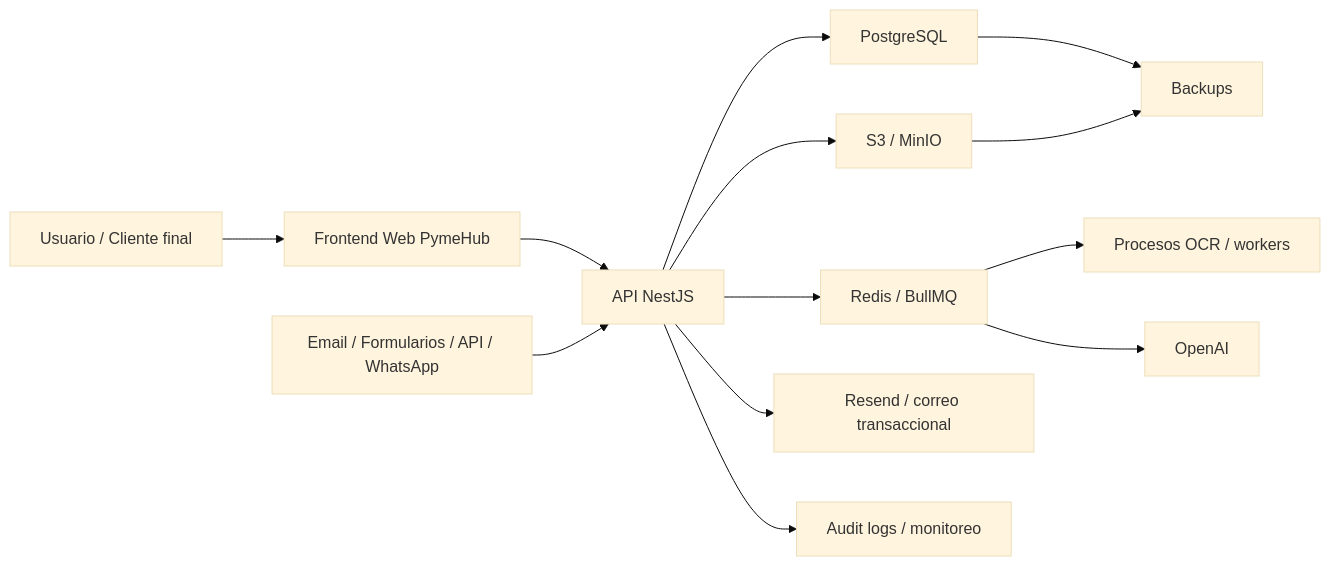
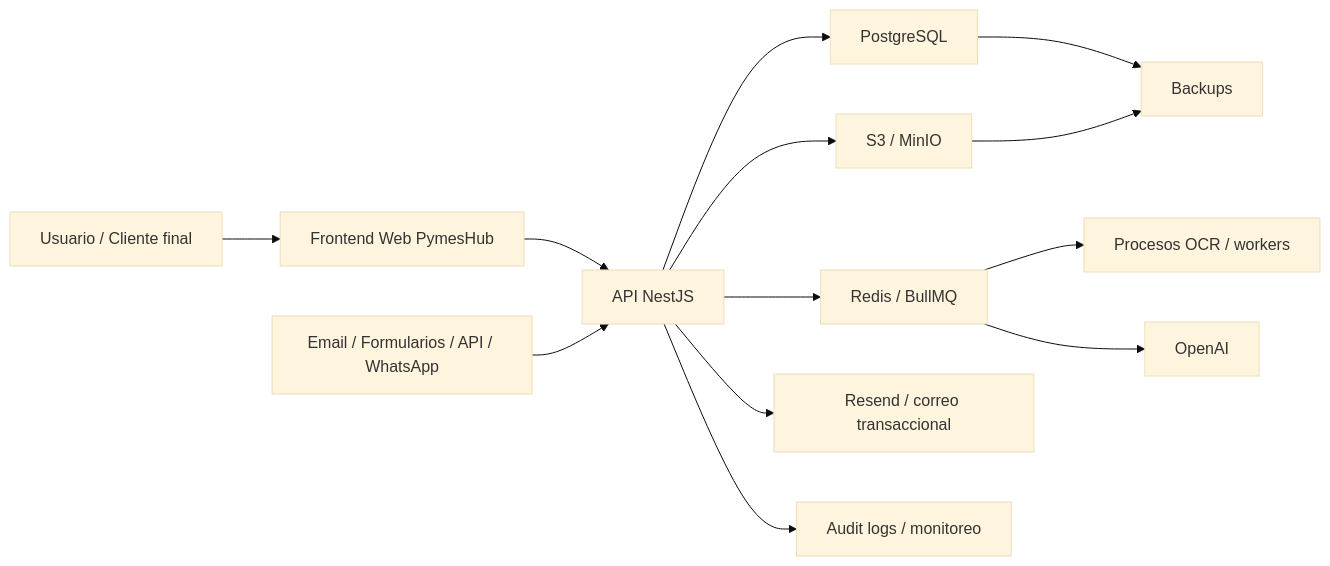
The diagram in docs/architecture/data-flow-diagram.md (Lento47/pymes-saas), drawn with Mermaid (base theme) before and after one commit. The commit also changed other lines of this file and 56 other files, not shown here.

````diff
--- a/docs/architecture/data-flow-diagram.md
+++ b/docs/architecture/data-flow-diagram.md
@@ -11,15 +11,15 @@
 ```mermaid
 flowchart LR
-    U["Usuario / Cliente final"] --> W["Frontend Web PymeHub"]
+    U["Usuario / Cliente final"] --> W["Frontend Web PymesHub"]
     W --> A["API NestJS"]
     E["Email / Formularios / API / WhatsApp"] --> A
     A --> DB["PostgreSQL"]
     A --> ST["S3 / MinIO"]
     A --> Q["Redis / BullMQ"]
     Q --> OCR["Procesos OCR / workers"]
     Q --> AI["OpenAI"]
     A --> M["Resend / correo transaccional"]
     A --> L["Audit logs / monitoreo"]
     DB --> B["Backups"]
     ST --> B
 ```
````
